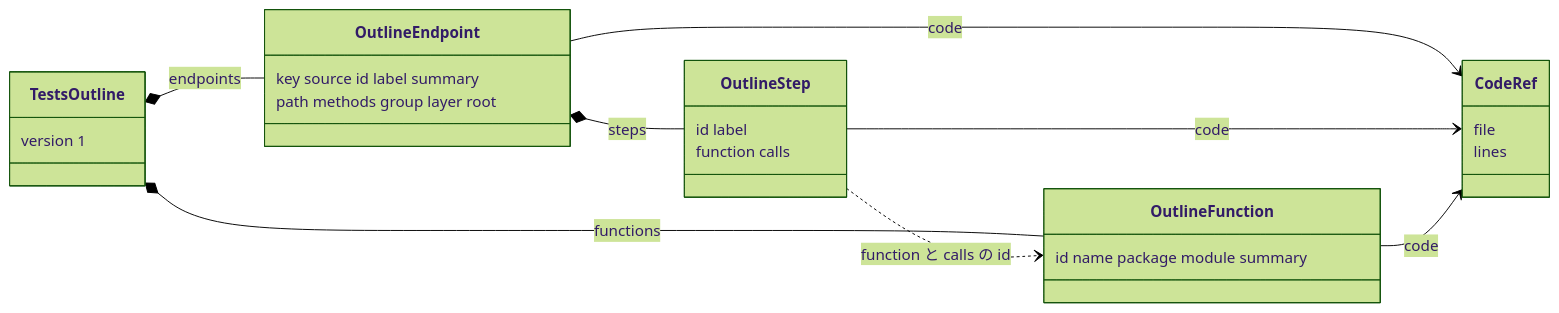
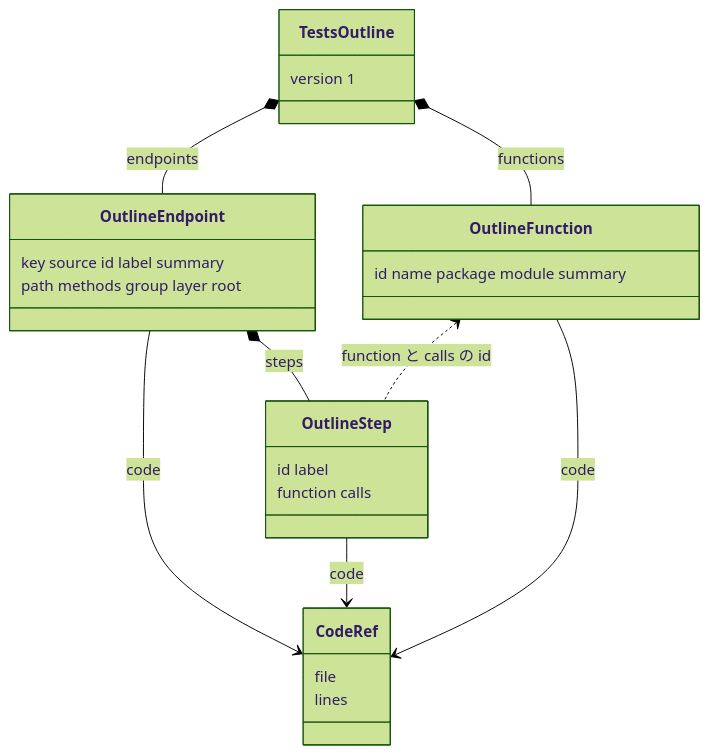
One commit to maronnjapan/maronn-openid-connect changed diagram 16 of 22 in apps/tests/docs/05-data.md. Above: the diagram before and after it, drawn with Mermaid (forest theme). The commit also changed other lines of this file and 11 other files, not shown here.

````diff
--- a/apps/tests/docs/05-data.md
+++ b/apps/tests/docs/05-data.md
@@ -578,29 +637,29 @@
 ```mermaid
 classDiagram
-  direction LR
+  direction TB
   class TestsOutline {
     version 1
   }
   class OutlineEndpoint {
     key source id label summary
     path methods group layer root
   }
+  class OutlineFunction {
+    id name package module summary
+  }
   class OutlineStep {
     id label
     function calls
-  }
-  class OutlineFunction {
-    id name package module summary
   }
   class CodeRef {
     file
     lines
   }
   TestsOutline *-- OutlineEndpoint : endpoints
   TestsOutline *-- OutlineFunction : functions
   OutlineEndpoint *-- OutlineStep : steps
+  OutlineFunction <.. OutlineStep : function と calls の id
   OutlineEndpoint --> CodeRef : code
   OutlineStep --> CodeRef : code
   OutlineFunction --> CodeRef : code
-  OutlineStep ..> OutlineFunction : function と calls の id
 ```
````
